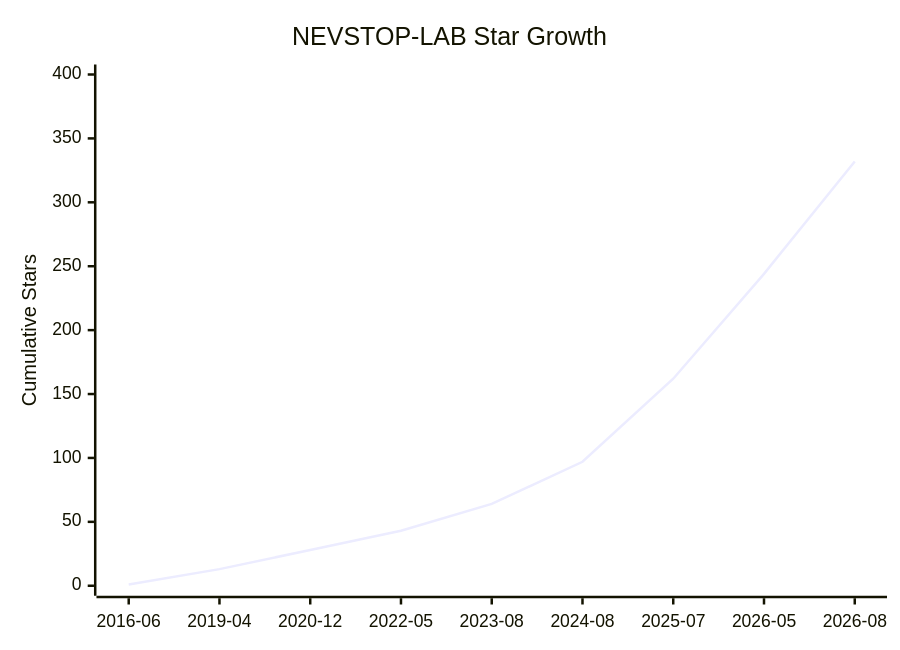
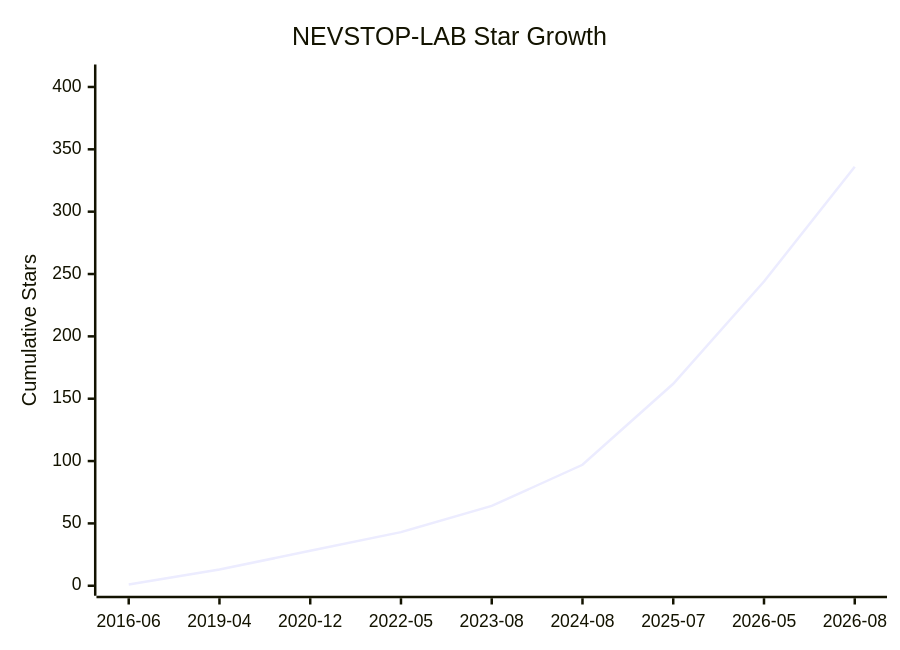
One commit to NEVSTOP-LAB/.github changed the diagram in Star-History.md. Above: the diagram before and after it, drawn with Mermaid. The commit also changed other lines of this file and 2 other files, not shown here.

````diff
--- a/Star-History.md
+++ b/Star-History.md
@@ -8,7 +8,7 @@
 ```mermaid
 xychart-beta
     title "NEVSTOP-LAB Star Growth"
     x-axis ["2016-06", "2019-04", "2020-12", "2022-05", "2023-08", "2024-08", "2025-07", "2026-05", "2026-08"]
-    y-axis "Cumulative Stars" 0 --> 400
-    line [1, 13, 28, 43, 64, 97, 162, 244, 332]
+    y-axis "Cumulative Stars" 0 --> 410
+    line [1, 13, 28, 43, 64, 97, 162, 244, 336]
 ```
````
